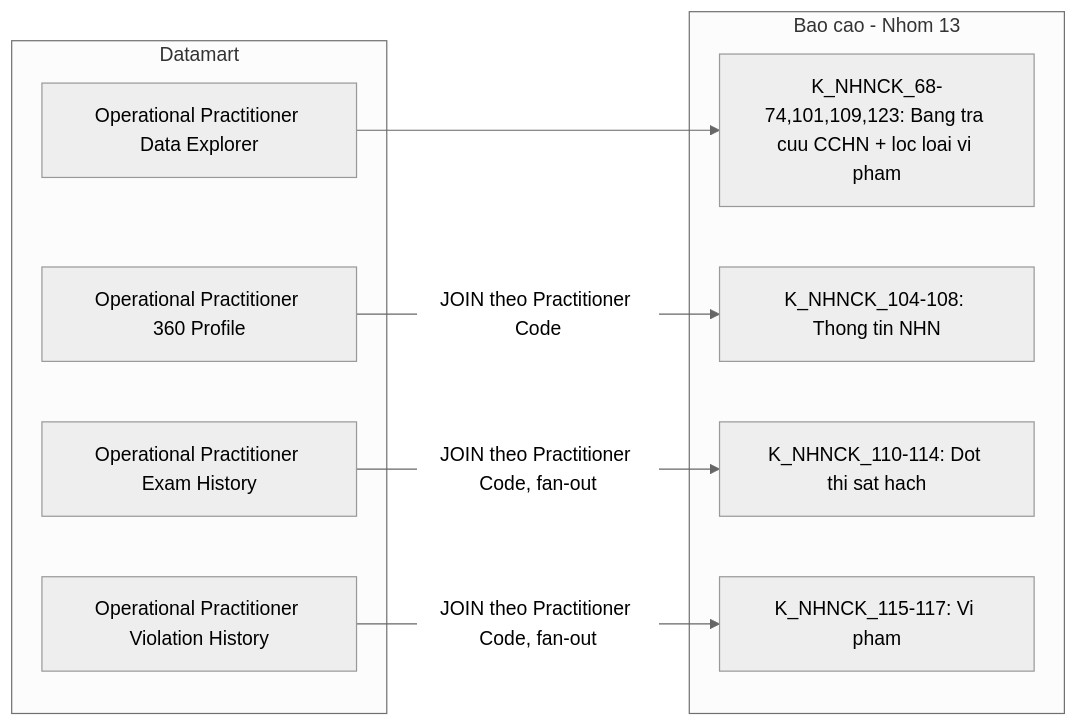
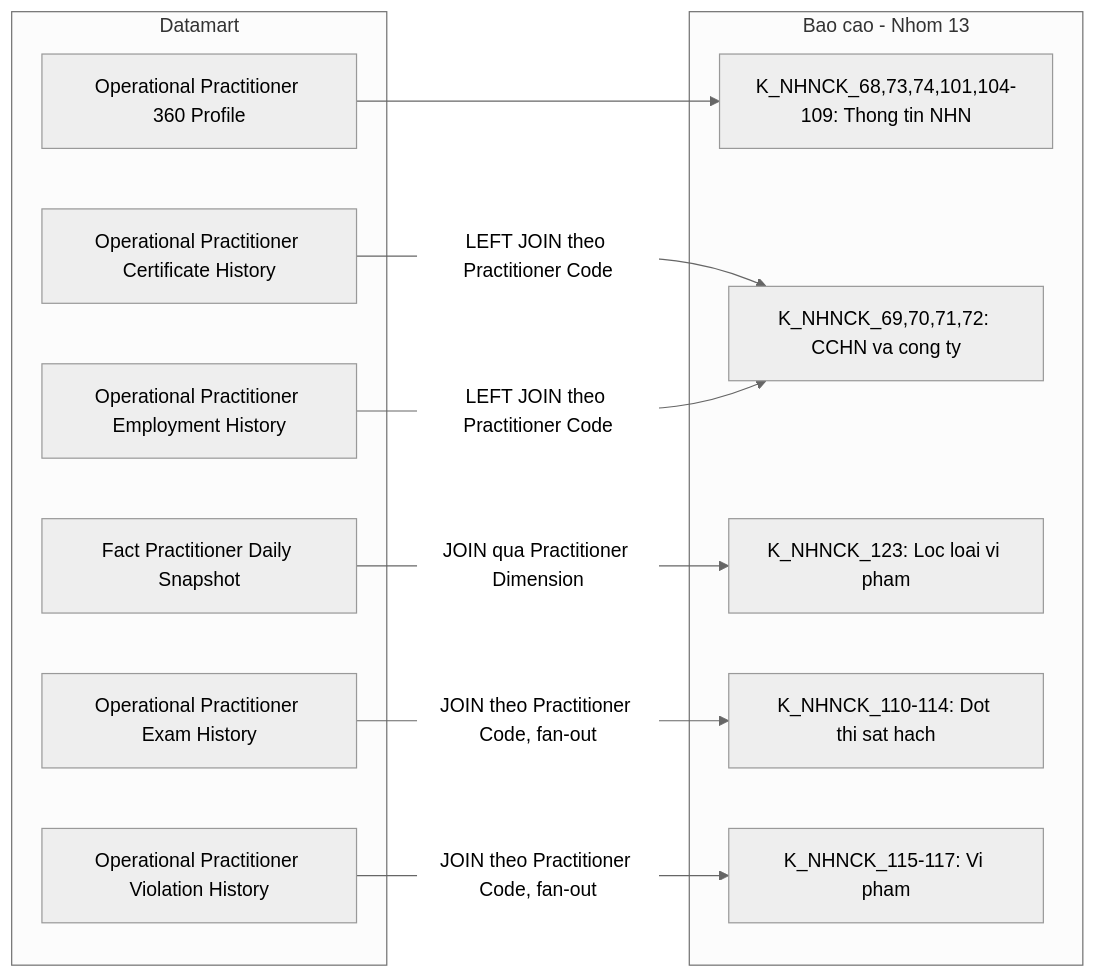
Before and after one commit to linhlvit/ubck_atomic_design: diagram 38 of 39 in Datamart/hld/DTM_NHNCK_HLD.md, drawn with Mermaid (neutral theme). The commit also changed other lines of this file and 13 other files, not shown here.

````diff
--- a/Datamart/hld/DTM_NHNCK_HLD.md
+++ b/Datamart/hld/DTM_NHNCK_HLD.md
@@ -1676,19 +1662,24 @@
 ```mermaid
 flowchart LR
     subgraph Datamart["Datamart"]
-        G1["Operational Practitioner Data Explorer"]
-        G2["Operational Practitioner 360 Profile"]
-        G3["Operational Practitioner Exam History"]
-        G4["Operational Practitioner Violation History"]
+        G1["Operational Practitioner 360 Profile"]
+        G2["Operational Practitioner Certificate History"]
+        G3["Operational Practitioner Employment History"]
+        G4["Fact Practitioner Daily Snapshot"]
+        G5["Operational Practitioner Exam History"]
+        G6["Operational Practitioner Violation History"]
     end
     subgraph RPT["Bao cao - Nhom 13"]
-        R1["K_NHNCK_68-74,101,109,123: Bang tra cuu CCHN + loc loai vi pham"]
-        R2["K_NHNCK_104-108: Thong tin NHN"]
-        R3["K_NHNCK_110-114: Dot thi sat hach"]
-        R4["K_NHNCK_115-117: Vi pham"]
+        R1["K_NHNCK_68,73,74,101,104-109: Thong tin NHN"]
+        R2["K_NHNCK_69,70,71,72: CCHN va cong ty"]
+        R3["K_NHNCK_123: Loc loai vi pham"]
+        R4["K_NHNCK_110-114: Dot thi sat hach"]
+        R5["K_NHNCK_115-117: Vi pham"]
     end
     G1 --> R1
-    G2 -- "JOIN theo Practitioner Code" --> R2
-    G3 -- "JOIN theo Practitioner Code, fan-out" --> R3
-    G4 -- "JOIN theo Practitioner Code, fan-out" --> R4
+    G2 -- "LEFT JOIN theo Practitioner Code" --> R2
+    G3 -- "LEFT JOIN theo Practitioner Code" --> R2
+    G4 -- "JOIN qua Practitioner Dimension" --> R3
+    G5 -- "JOIN theo Practitioner Code, fan-out" --> R4
+    G6 -- "JOIN theo Practitioner Code, fan-out" --> R5
 ```
````
